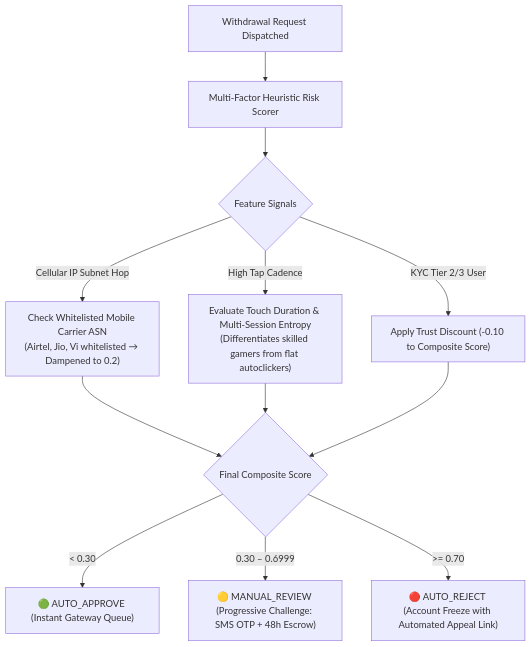
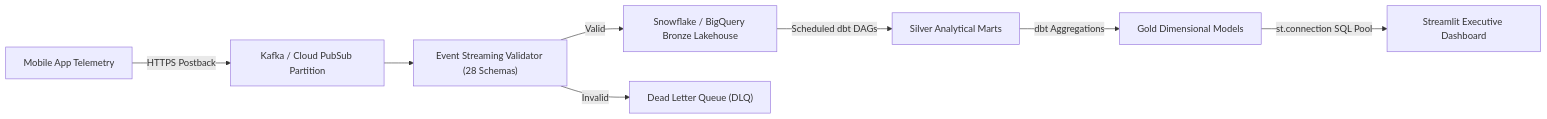
One commit to Karthikreddy200/VELOOP- changed the diagram in README.md. Above: the diagram before and after it, drawn with Mermaid. The commit also changed other lines of this file and 9 other files, not shown here.

Commit message:
feat: complete final technical handover addressing all mentor code review points (38 tests, multi-line double entry ledger, deep content PII regex scan, fraud benchmarks)

````diff
--- a/README.md
+++ b/README.md
@@ -64,13 +140,10 @@
 ```mermaid
-flowchart TD
-    A["Withdrawal Request Dispatched"] --> B["Multi-Factor Heuristic Risk Scorer"]
-    B --> C{"Feature Signals"}
-    C -->|Cellular IP Subnet Hop| D["Check Whitelisted Mobile Carrier ASN<br/>(Airtel, Jio, Vi whitelisted &rarr; Dampened to 0.2)"]
-    C -->|High Tap Cadence| E["Evaluate Touch Duration & Multi-Session Entropy<br/>(Differentiates skilled gamers from flat autoclickers)"]
-    C -->|KYC Tier 2/3 User| F["Apply Trust Discount (-0.10 to Composite Score)"]
-    
-    D & E & F --> G{"Final Composite Score"}
-    G -->|< 0.30| H["🟢 AUTO_APPROVE (Instant Gateway Queue)"]
-    G -->|0.30 – 0.6999| I["🟡 MANUAL_REVIEW (Progressive Challenge: SMS OTP + 48h Escrow)"]
-    G -->|>= 0.70| J["🔴 AUTO_REJECT (Account Freeze with Automated Appeal Link)"]
+flowchart LR
+    A["Mobile App Telemetry"] -->|HTTPS Postback| B["Kafka / Cloud PubSub Partition"]
+    B --> C["Event Streaming Validator (28 Schemas)"]
+    C -->|Valid| D["Snowflake / BigQuery Bronze Lakehouse"]
+    C -->|Invalid| DLQ["Dead Letter Queue (DLQ)"]
+    D -->|Scheduled dbt DAGs| E["Silver Analytical Marts"]
+    E -->|dbt Aggregations| F["Gold Dimensional Models"]
+    F -->|st.connection SQL Pool| G["Streamlit Executive Dashboard"]
 ```
````
